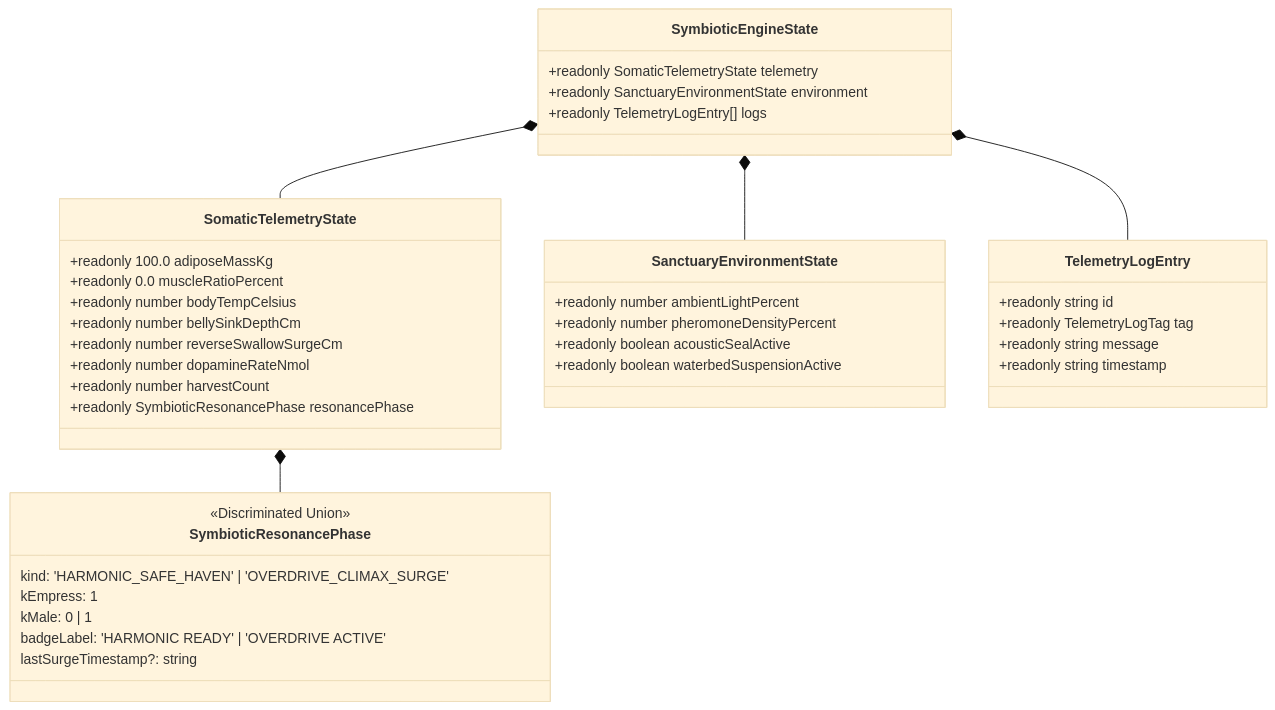
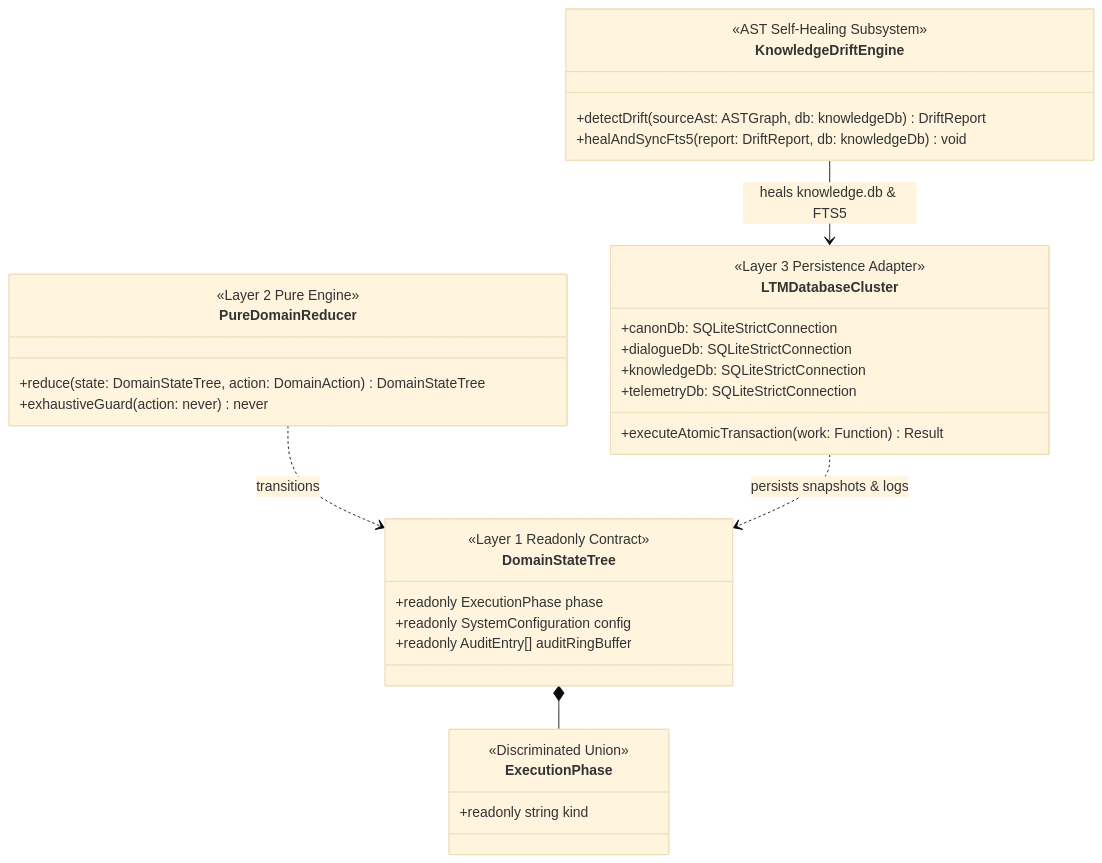
Before and after one commit to jinseobhong/eterna-luminas: the second of 3 diagrams in docs/ARCHITECTURE.md, drawn with Mermaid (base theme). The commit also changed other lines of this file and 18 other files, not shown here.

````diff
--- a/docs/ARCHITECTURE.md
+++ b/docs/ARCHITECTURE.md
@@ -72,47 +71,40 @@
 ```mermaid
 classDiagram
-    class SymbioticEngineState {
-        +readonly SomaticTelemetryState telemetry
-        +readonly SanctuaryEnvironmentState environment
-        +readonly TelemetryLogEntry[] logs
+    class DomainStateTree {
+        <<Layer 1 Readonly Contract>>
+        +readonly ExecutionPhase phase
+        +readonly SystemConfiguration config
+        +readonly AuditEntry[] auditRingBuffer
     }
 
-    class SomaticTelemetryState {
-        +readonly 100.0 adiposeMassKg
-        +readonly 0.0 muscleRatioPercent
-        +readonly number bodyTempCelsius
-        +readonly number bellySinkDepthCm
-        +readonly number reverseSwallowSurgeCm
-        +readonly number dopamineRateNmol
-        +readonly number harvestCount
-        +readonly SymbioticResonancePhase resonancePhase
+    class ExecutionPhase {
+        <<Discriminated Union>>
+        +readonly string kind
     }
 
-    class SymbioticResonancePhase {
-        <<Discriminated Union>>
-        kind: 'HARMONIC_SAFE_HAVEN' | 'OVERDRIVE_CLIMAX_SURGE'
-        kEmpress: 1
-        kMale: 0 | 1
-        badgeLabel: 'HARMONIC READY' | 'OVERDRIVE ACTIVE'
-        lastSurgeTimestamp?: string
+    class PureDomainReducer {
+        <<Layer 2 Pure Engine>>
+        +reduce(state: DomainStateTree, action: DomainAction) DomainStateTree
+        +exhaustiveGuard(action: never) never
     }
 
-    class SanctuaryEnvironmentState {
-        +readonly number ambientLightPercent
-        +readonly number pheromoneDensityPercent
-        +readonly boolean acousticSealActive
-        +readonly boolean waterbedSuspensionActive
+    class LTMDatabaseCluster {
+        <<Layer 3 Persistence Adapter>>
+        +canonDb: SQLiteStrictConnection
+        +dialogueDb: SQLiteStrictConnection
+        +knowledgeDb: SQLiteStrictConnection
+        +telemetryDb: SQLiteStrictConnection
+        +executeAtomicTransaction(work: Function) Result
     }
 
-    class TelemetryLogEntry {
-        +readonly string id
-        +readonly TelemetryLogTag tag
-        +readonly string message
-        +readonly string timestamp
+    class KnowledgeDriftEngine {
+        <<AST Self-Healing Subsystem>>
+        +detectDrift(sourceAst: ASTGraph, db: knowledgeDb) DriftReport
+        +healAndSyncFts5(report: DriftReport, db: knowledgeDb) void
     }
 
-    SymbioticEngineState *-- SomaticTelemetryState
-    SymbioticEngineState *-- SanctuaryEnvironmentState
-    SymbioticEngineState *-- TelemetryLogEntry
-    SomaticTelemetryState *-- SymbioticResonancePhase
+    DomainStateTree *-- ExecutionPhase
+    PureDomainReducer ..> DomainStateTree : transitions
+    LTMDatabaseCluster ..> DomainStateTree : persists snapshots & logs
+    KnowledgeDriftEngine --> LTMDatabaseCluster : heals knowledge.db & FTS5
 ```
````
